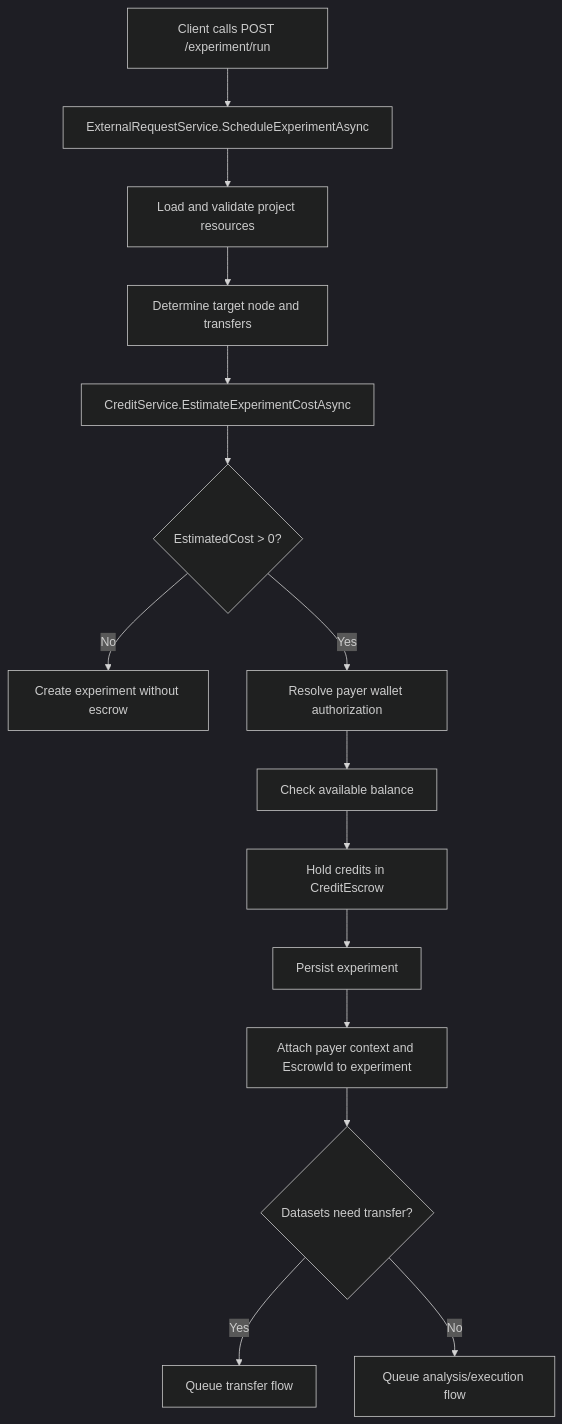
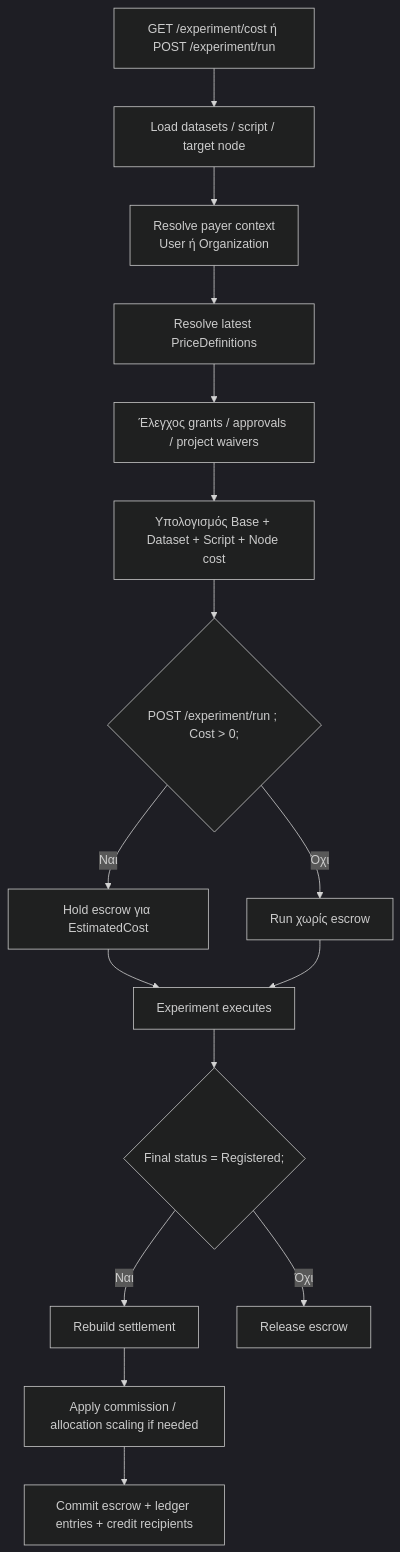
Before and after one commit to mtimoleon/notebook: the third of 8 diagrams in Notes/Auth/Projects/RAISE/Documentation/Credit System Documentation.md, drawn with Mermaid (dark theme). The commit also changed other lines of this file and 36 other files, not shown here.

````diff
--- a/Notes/Auth/Projects/RAISE/Documentation/Credit System Documentation.md
+++ b/Notes/Auth/Projects/RAISE/Documentation/Credit System Documentation.md
@@ -375,17 +429,22 @@
 ```mermaid
 flowchart TD
-    A[Client calls POST /experiment/run] --> B[ExternalRequestService.ScheduleExperimentAsync]
-    B --> C[Load and validate project resources]
-    C --> D[Determine target node and transfers]
-    D --> E[CreditService.EstimateExperimentCostAsync]
-    E --> F{EstimatedCost > 0?}
-    F -- No --> G[Create experiment without escrow]
-    F -- Yes --> H[Resolve payer wallet authorization]
-    H --> I[Check available balance]
-    I --> J[Hold credits in CreditEscrow]
-    J --> K[Persist experiment]
-    K --> L[Attach payer context and EscrowId to experiment]
-    L --> M{Datasets need transfer?}
-    M -- Yes --> N[Queue transfer flow]
-    M -- No --> O[Queue analysis/execution flow]
+    A[GET /experiment/cost ή POST /experiment/run] --> B[Load datasets / script / target node]
+    B --> C[Resolve payer context<br/>User ή Organization]
+    C --> D[Resolve latest PriceDefinitions]
+    D --> E[Έλεγχος grants / approvals / project waivers]
+    E --> F[Υπολογισμός Base + Dataset + Script + Node cost]
+    
+    F --> G{POST /experiment/run ; Cost > 0;}
+    G -->|Όχι| H[Run χωρίς escrow]
+    G -->|Ναι| I[Hold escrow για EstimatedCost]
+    
+    I --> J[Experiment executes]
+    H --> J
+    
+    J --> K{Final status = Registered;}
+    K -->|Ναι| L[Rebuild settlement]
+    L --> M[Apply commission / allocation scaling if needed]
+    M --> N[Commit escrow + ledger entries + credit recipients]
+    
+    K -->|Όχι| O[Release escrow]
 ```
````
